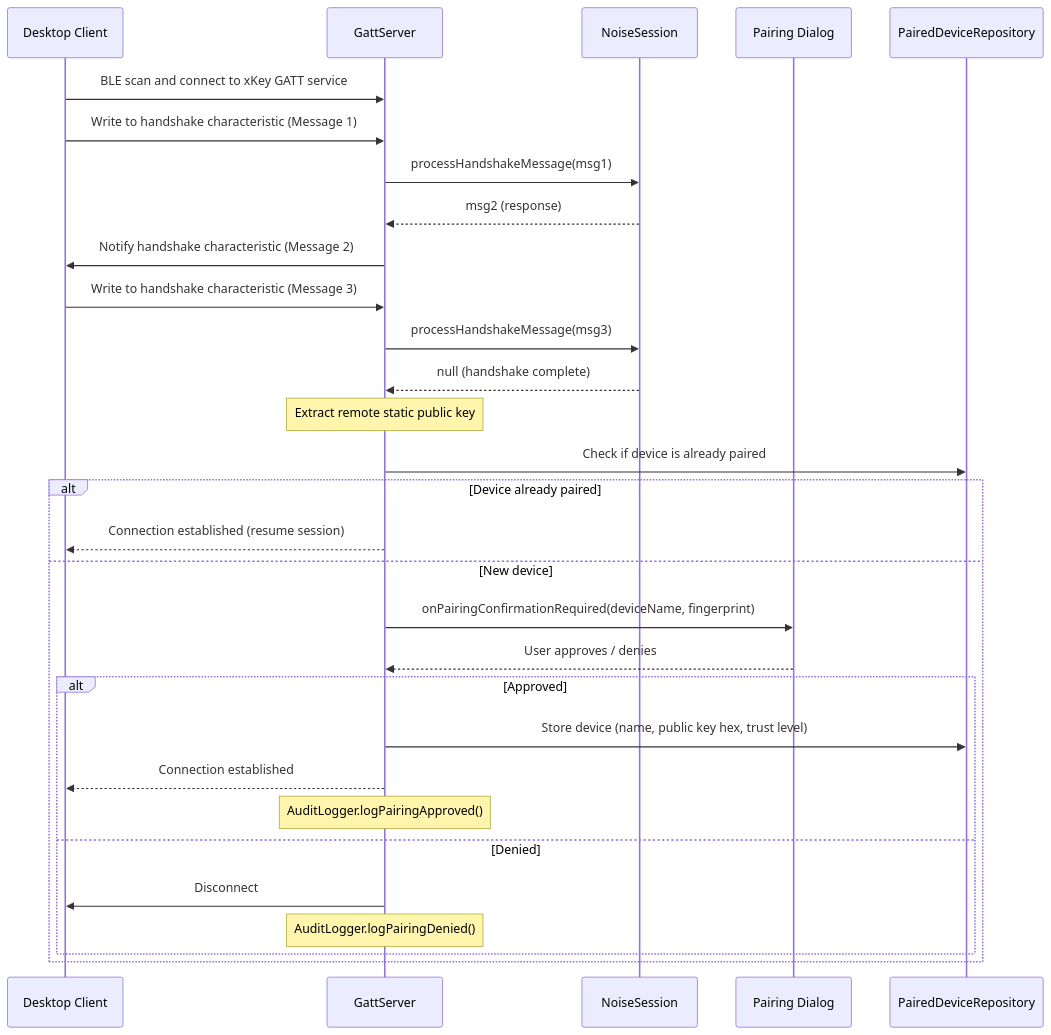
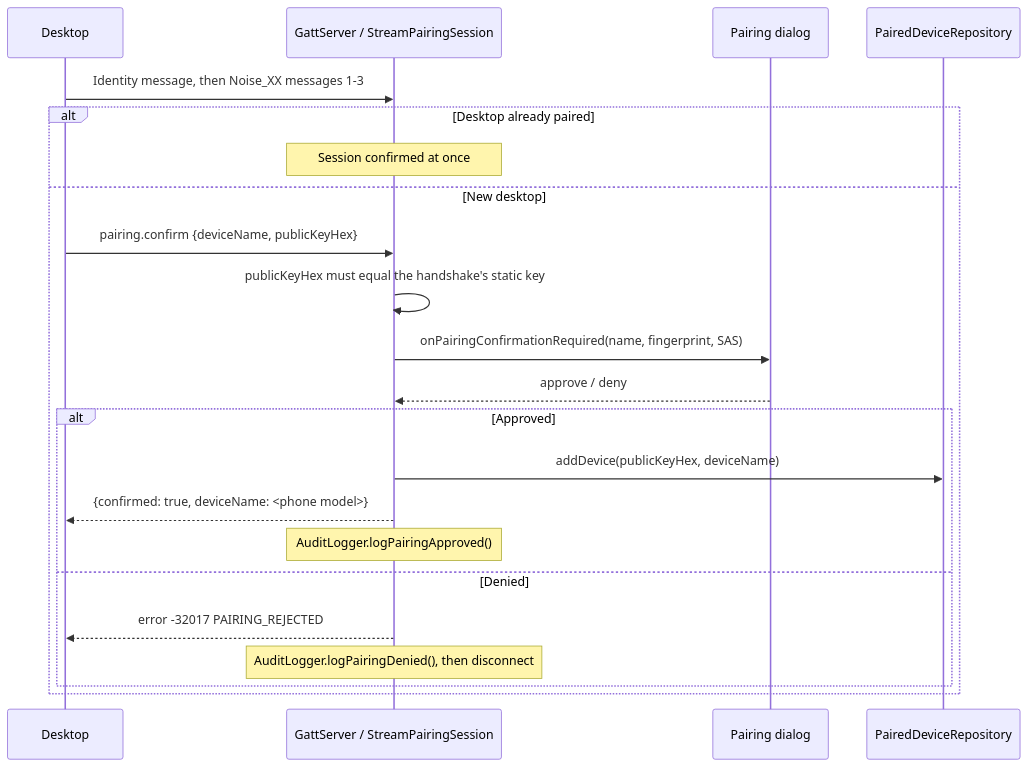
One commit to jeremyhahn/xkey-android changed the second of 2 diagrams in docs/noise-pairing/architecture.md. Above: the diagram before and after it, drawn with Mermaid. The commit also changed other lines of this file and 39 other files, not shown here.

````diff
--- a/docs/noise-pairing/architecture.md
+++ b/docs/noise-pairing/architecture.md
@@ -146,36 +100,25 @@
 ```mermaid
 sequenceDiagram
-    participant D as Desktop Client
-    participant G as GattServer
-    participant NS as NoiseSession
-    participant UI as Pairing Dialog
+    participant D as Desktop
+    participant S as GattServer / StreamPairingSession
+    participant UI as Pairing dialog
     participant PR as PairedDeviceRepository
 
-    D->>G: BLE scan and connect to xKey GATT service
-    D->>G: Write to handshake characteristic (Message 1)
-    G->>NS: processHandshakeMessage(msg1)
-    NS-->>G: msg2 (response)
-    G->>D: Notify handshake characteristic (Message 2)
-    D->>G: Write to handshake characteristic (Message 3)
-    G->>NS: processHandshakeMessage(msg3)
-    NS-->>G: null (handshake complete)
-
-    Note over G: Extract remote static public key
-
-    G->>PR: Check if device is already paired
-    alt Device already paired
-        G-->>D: Connection established (resume session)
-    else New device
-        G->>UI: onPairingConfirmationRequired(deviceName, fingerprint)
-        UI-->>G: User approves / denies
-
+    D->>S: Identity message, then Noise_XX messages 1-3
+    alt Desktop already paired
+        Note over S: Session confirmed at once
+    else New desktop
+        D->>S: pairing.confirm {deviceName, publicKeyHex}
+        S->>S: publicKeyHex must equal the handshake's static key
+        S->>UI: onPairingConfirmationRequired(name, fingerprint, SAS)
+        UI-->>S: approve / deny
         alt Approved
-            G->>PR: Store device (name, public key hex, trust level)
-            G-->>D: Connection established
-            Note over G: AuditLogger.logPairingApproved()
+            S->>PR: addDevice(publicKeyHex, deviceName)
+            S-->>D: {confirmed: true, deviceName: <phone model>}
+            Note over S: AuditLogger.logPairingApproved()
         else Denied
-            G->>D: Disconnect
-            Note over G: AuditLogger.logPairingDenied()
+            S-->>D: error -32017 PAIRING_REJECTED
+            Note over S: AuditLogger.logPairingDenied(), then disconnect
         end
     end
 ```
````
